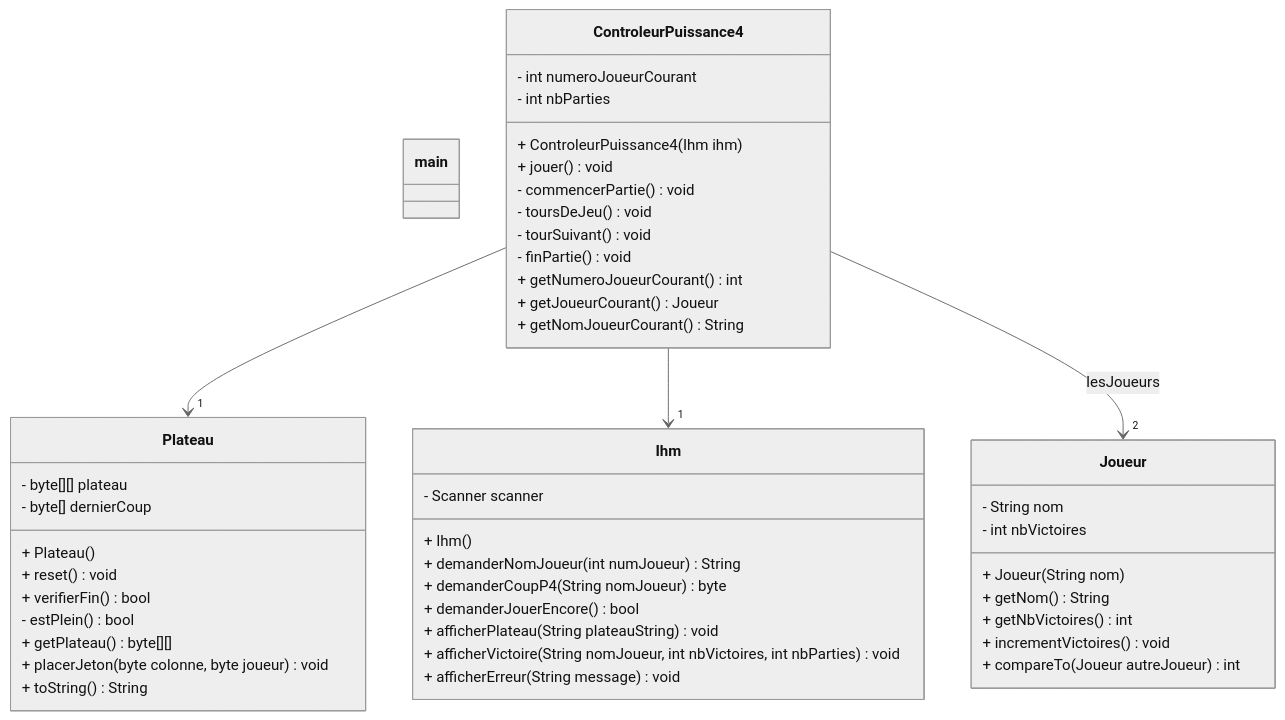
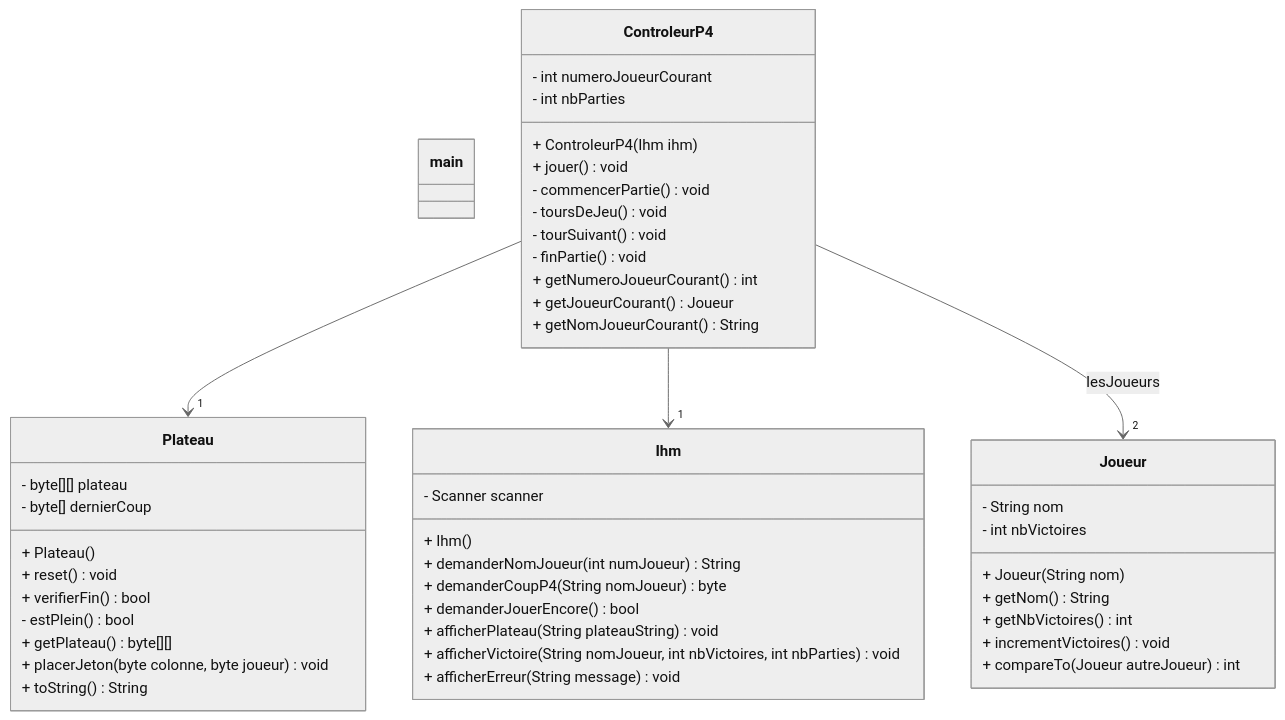
The second of 2 diagrams in Document/Iteration2/Iteration2.md (Kaawan-d20/CDA), drawn with Mermaid (neutral theme) before and after one commit. The commit also changed other lines of this file, not shown here.

Commit message:
Changed Puissance4 to P4 in iteration2.md

````diff
--- a/Document/Iteration2/Iteration2.md
+++ b/Document/Iteration2/Iteration2.md
@@ -70,61 +70,61 @@
 ```mermaid
 classDiagram
     class main {
 
     }
 
     class Ihm {
         - Scanner scanner
 
         + Ihm()
         + demanderNomJoueur(int numJoueur) String
         + demanderCoupP4(String nomJoueur) byte
         + demanderJouerEncore() bool
         + afficherPlateau(String plateauString) void
         + afficherVictoire(String nomJoueur, int nbVictoires, int nbParties) void
         + afficherErreur(String message) void
     }
 
-    class ControleurPuissance4 {
+    class ControleurP4 {
         - int numeroJoueurCourant
         - int nbParties
         
-        + ControleurPuissance4(Ihm ihm)
+        + ControleurP4(Ihm ihm)
         + jouer () void
         - commencerPartie() void
         - toursDeJeu() void
         - tourSuivant() void
         - finPartie() void
         + getNumeroJoueurCourant() int
         + getJoueurCourant() Joueur
         + getNomJoueurCourant() String
     }
 
     class Joueur {
         - String nom
         - int nbVictoires
 
         + Joueur(String nom)
         + getNom() String
         + getNbVictoires() int
         + incrementVictoires() void
         + compareTo(Joueur autreJoueur) int
     }
 
     class Plateau {
         - byte[][] plateau
         - byte[] dernierCoup
                 
         + Plateau ()
         + reset() void
         + verifierFin() bool
         - estPlein() bool
         + getPlateau() byte[][]
         + placerJeton(byte colonne, byte joueur) void
         + toString() String
     }
 
-    ControleurPuissance4 --> "1" Plateau
-    ControleurPuissance4 --> "1" Ihm
-    ControleurPuissance4 --> "2" Joueur : lesJoueurs
+    ControleurP4 --> "1" Plateau
+    ControleurP4 --> "1" Ihm
+    ControleurP4 --> "2" Joueur : lesJoueurs
 ```
````
